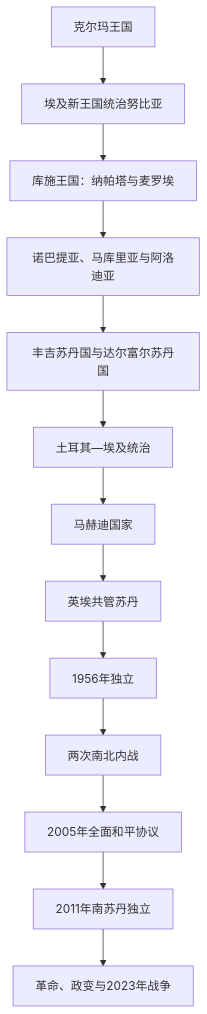
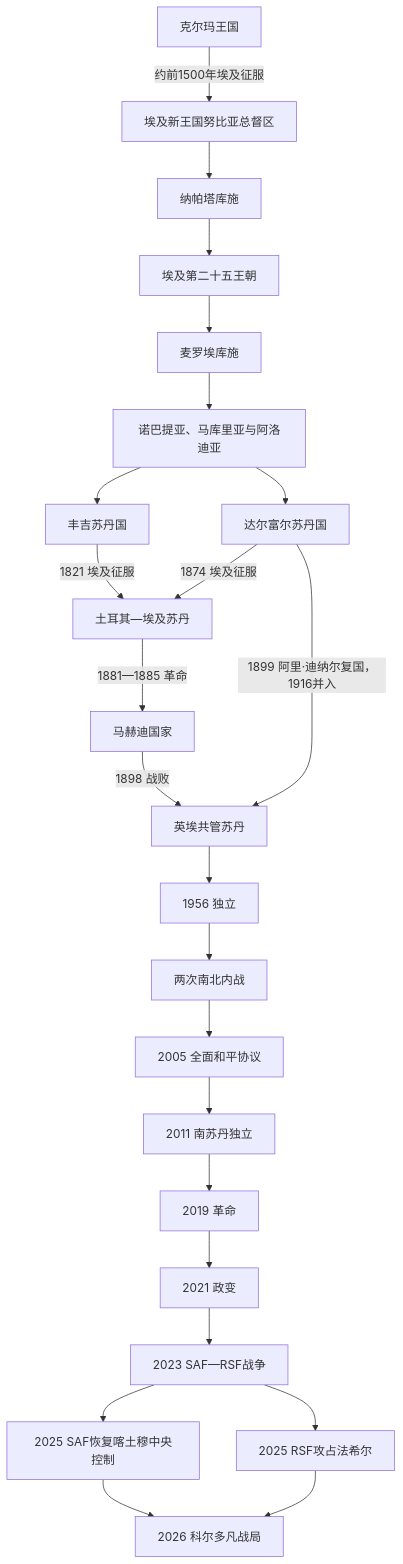
One commit to tianlan-dev/learning-notes changed the diagram in 人文科学/历史/北非/苏丹/README.md. Above: the diagram before and after it, drawn with Mermaid. The commit also changed other lines of this file and 1417 other files, not shown here.

````diff
--- a/人文科学/历史/北非/苏丹/README.md
+++ b/人文科学/历史/北非/苏丹/README.md
@@ -15,15 +17,26 @@
 ```mermaid
 flowchart TD
-    A["克尔玛王国"] --> B["埃及新王国统治努比亚"]
-    B --> C["库施王国：纳帕塔与麦罗埃"]
-    C --> D["诺巴提亚、马库里亚与阿洛迪亚"]
-    D --> E["丰吉苏丹国与达尔富尔苏丹国"]
-    E --> F["土耳其—埃及统治"]
-    F --> G["马赫迪国家"]
-    G --> H["英埃共管苏丹"]
-    H --> I["1956年独立"]
-    I --> J["两次南北内战"]
-    J --> K["2005年全面和平协议"]
-    K --> L["2011年南苏丹独立"]
-    L --> M["革命、政变与2023年战争"]
+    A["克尔玛王国"] -->|约前1500年埃及征服| B["埃及新王国努比亚总督区"]
+    B --> C["纳帕塔库施"]
+    C --> D["埃及第二十五王朝"]
+    D --> E["麦罗埃库施"]
+    E --> F["诺巴提亚、马库里亚与阿洛迪亚"]
+    F --> G["丰吉苏丹国"]
+    F --> H["达尔富尔苏丹国"]
+    G -->|1821 埃及征服| I["土耳其—埃及苏丹"]
+    H -->|1874 埃及征服| I
+    I -->|1881—1885 革命| J["马赫迪国家"]
+    J -->|1898 战败| K["英埃共管苏丹"]
+    H -->|1899 阿里·迪纳尔复国，1916并入| K
+    K --> L["1956 独立"]
+    L --> M["两次南北内战"]
+    M --> N["2005 全面和平协议"]
+    N --> O["2011 南苏丹独立"]
+    O --> P["2019 革命"]
+    P --> Q["2021 政变"]
+    Q --> R["2023 SAF—RSF战争"]
+    R --> S["2025 SAF恢复喀土穆中央控制"]
+    R --> T["2025 RSF攻占法希尔"]
+    S --> U["2026 科尔多凡战局"]
+    T --> U
 ```
````
